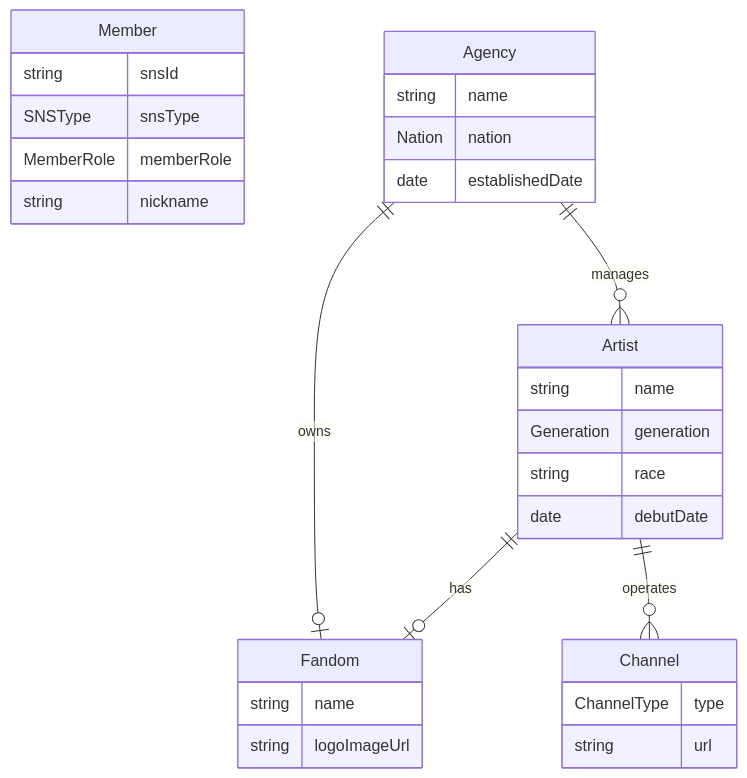
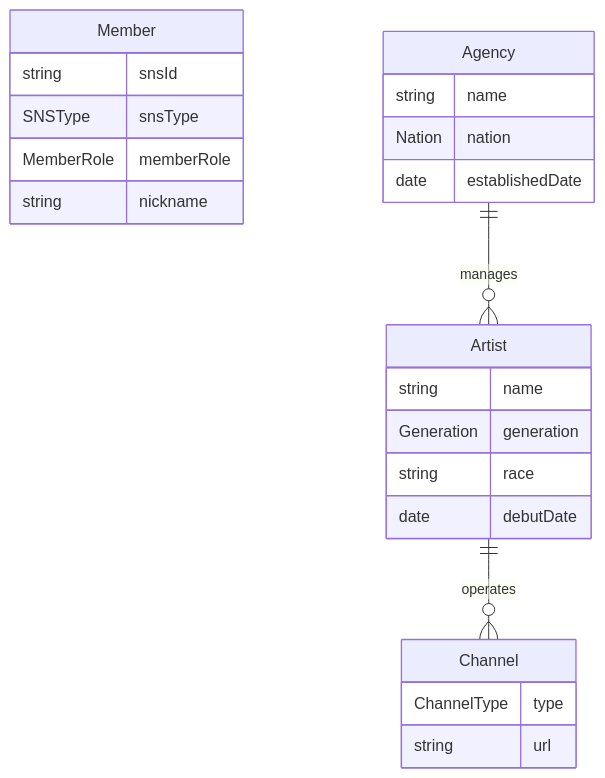
The diagram in intro.md (vir-isekai/isekai), drawn with Mermaid before and after one commit. The commit also changed other lines of this file and 4 other files, not shown here.

````diff
--- a/intro.md
+++ b/intro.md
@@ -52,38 +52,31 @@
 ```mermaid
 erDiagram
     Member {
         string snsId
         SNSType snsType
         MemberRole memberRole
         string nickname
     }
     
     Agency ||--o{ Artist : manages
-    Agency ||--o| Fandom : owns
     
-    Artist ||--o| Fandom : has
     Artist ||--o{ Channel : operates
     
     Agency {
         string name
         Nation nation
         date establishedDate
     }
     
     Artist {
         string name
         Generation generation
         string race
         date debutDate
     }
     
-    Fandom {
-        string name
-        string logoImageUrl
-    }
-    
     Channel {
         ChannelType type
         string url
     }
 ```
````
